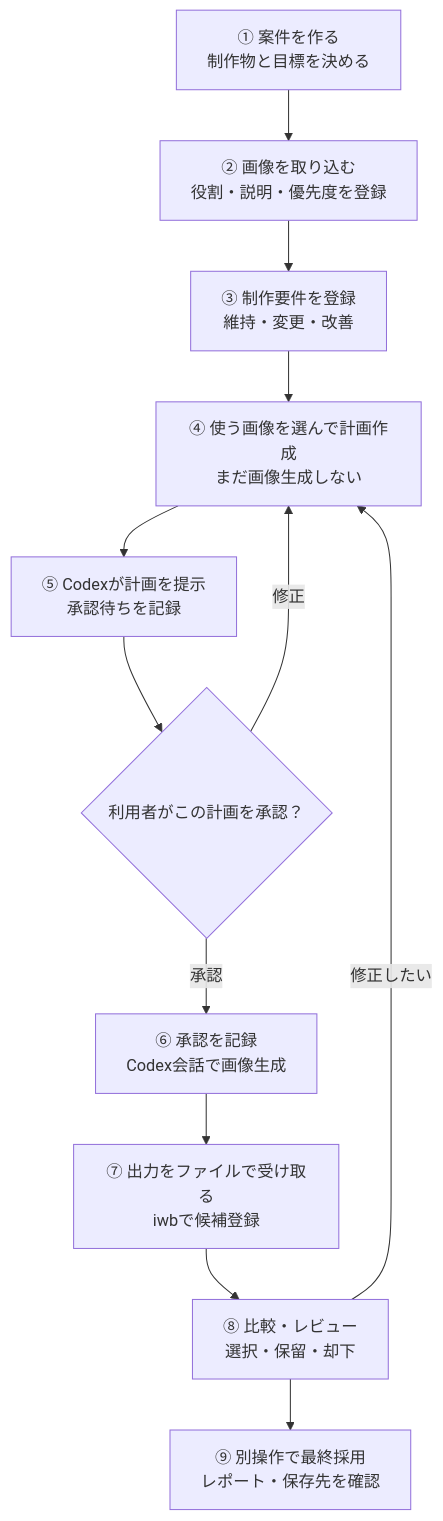
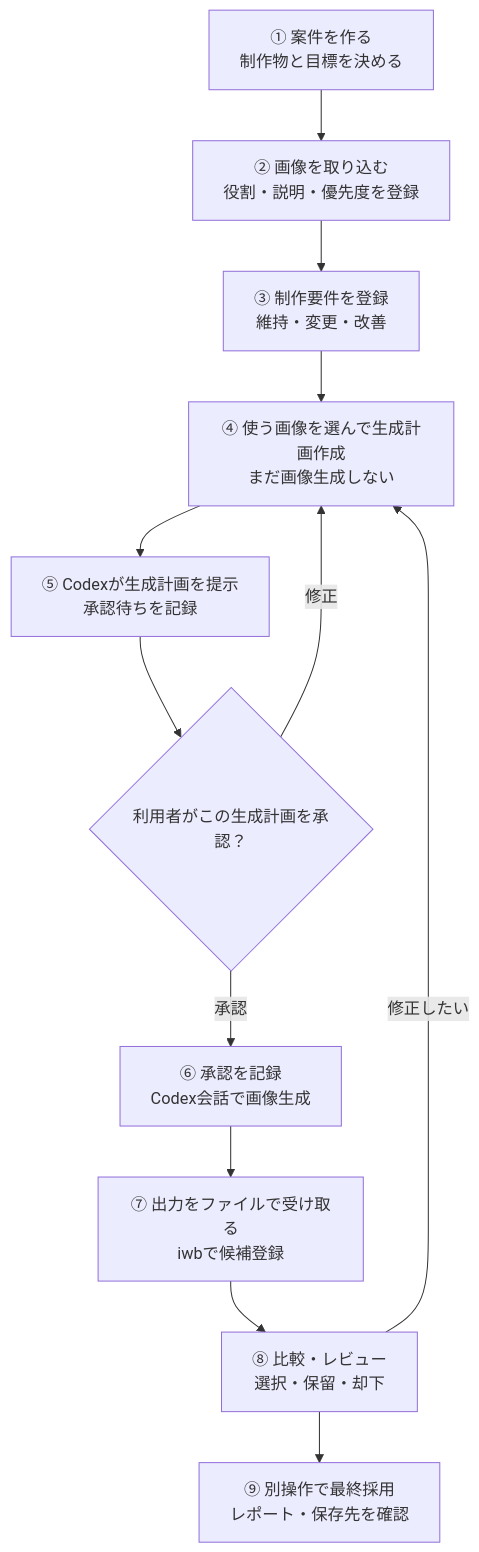
The first of 2 diagrams in docs/operation-manual.md (Friceballman/ImageCreatorHarness), drawn with Mermaid before and after one commit. The commit also changed other lines of this file and 7 other files, not shown here.

````diff
--- a/docs/operation-manual.md
+++ b/docs/operation-manual.md
@@ -13,14 +13,14 @@
 ```mermaid
 flowchart TD
   A["① 案件を作る<br>制作物と目標を決める"] --> B["② 画像を取り込む<br>役割・説明・優先度を登録"]
   B --> C["③ 制作要件を登録<br>維持・変更・改善"]
-  C --> D["④ 使う画像を選んで計画作成<br>まだ画像生成しない"]
-  D --> E["⑤ Codexが計画を提示<br>承認待ちを記録"]
-  E --> F{"利用者がこの計画を承認？"}
+  C --> D["④ 使う画像を選んで生成計画作成<br>まだ画像生成しない"]
+  D --> E["⑤ Codexが生成計画を提示<br>承認待ちを記録"]
+  E --> F{"利用者がこの生成計画を承認？"}
   F -->|修正| D
   F -->|承認| G["⑥ 承認を記録<br>Codex会話で画像生成"]
   G --> H["⑦ 出力をファイルで受け取る<br>iwbで候補登録"]
   H --> I["⑧ 比較・レビュー<br>選択・保留・却下"]
   I --> J["⑨ 別操作で最終採用<br>レポート・保存先を確認"]
   I -->|修正したい| D
 ```
````
